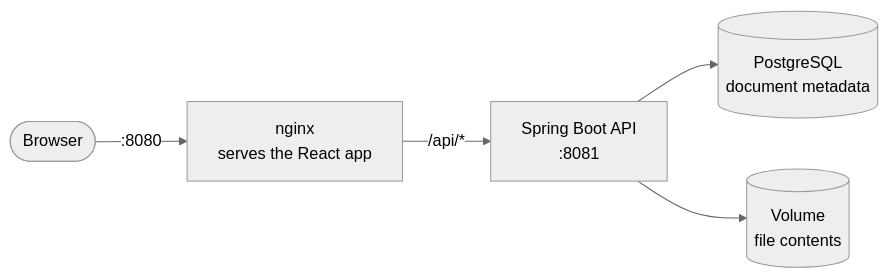
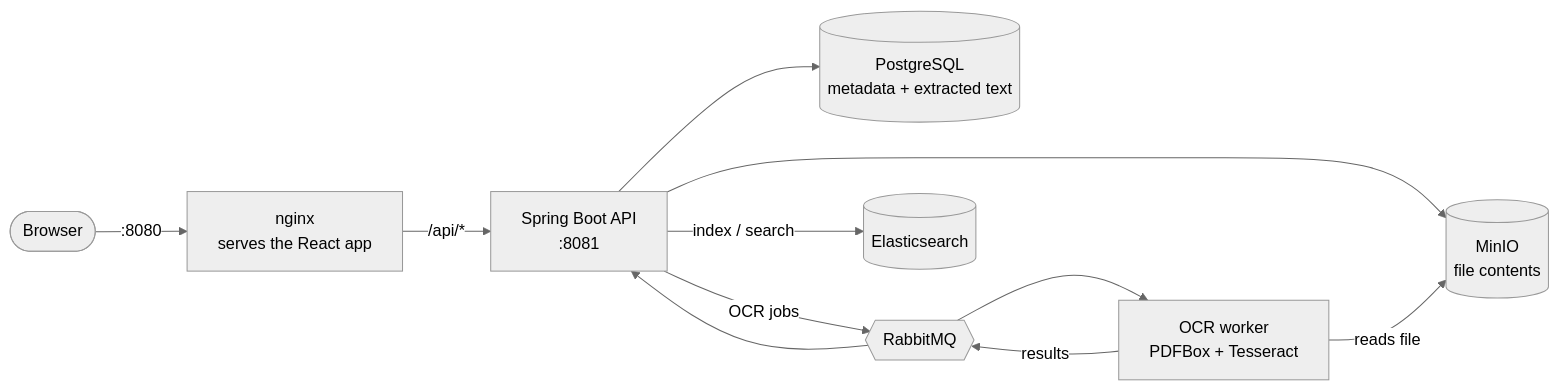
The diagram in README.md (JohannesHenz/document-management-system), drawn with Mermaid (neutral theme) before and after one commit. The commit also changed other lines of this file and 1 other file, not shown here.

Commit message:
Document the OCR pipeline, search, configuration and project history in the README.

````diff
--- a/README.md
+++ b/README.md
@@ -28,7 +38,13 @@
 ```mermaid
 flowchart LR
     browser([Browser]) -->|":8080"| nginx["nginx<br/>serves the React app"]
     nginx -->|"/api/*"| api["Spring Boot API<br/>:8081"]
-    api --> db[("PostgreSQL<br/>document metadata")]
-    api --> files[("Volume<br/>file contents")]
+    api --> db[("PostgreSQL<br/>metadata + extracted text")]
+    api --> minio[("MinIO<br/>file contents")]
+    api -->|"OCR jobs"| mq{{RabbitMQ}}
+    mq --> worker["OCR worker<br/>PDFBox + Tesseract"]
+    worker -->|"reads file"| minio
+    worker -->|"results"| mq
+    mq --> api
+    api -->|"index / search"| es[("Elasticsearch")]
 ```
````
